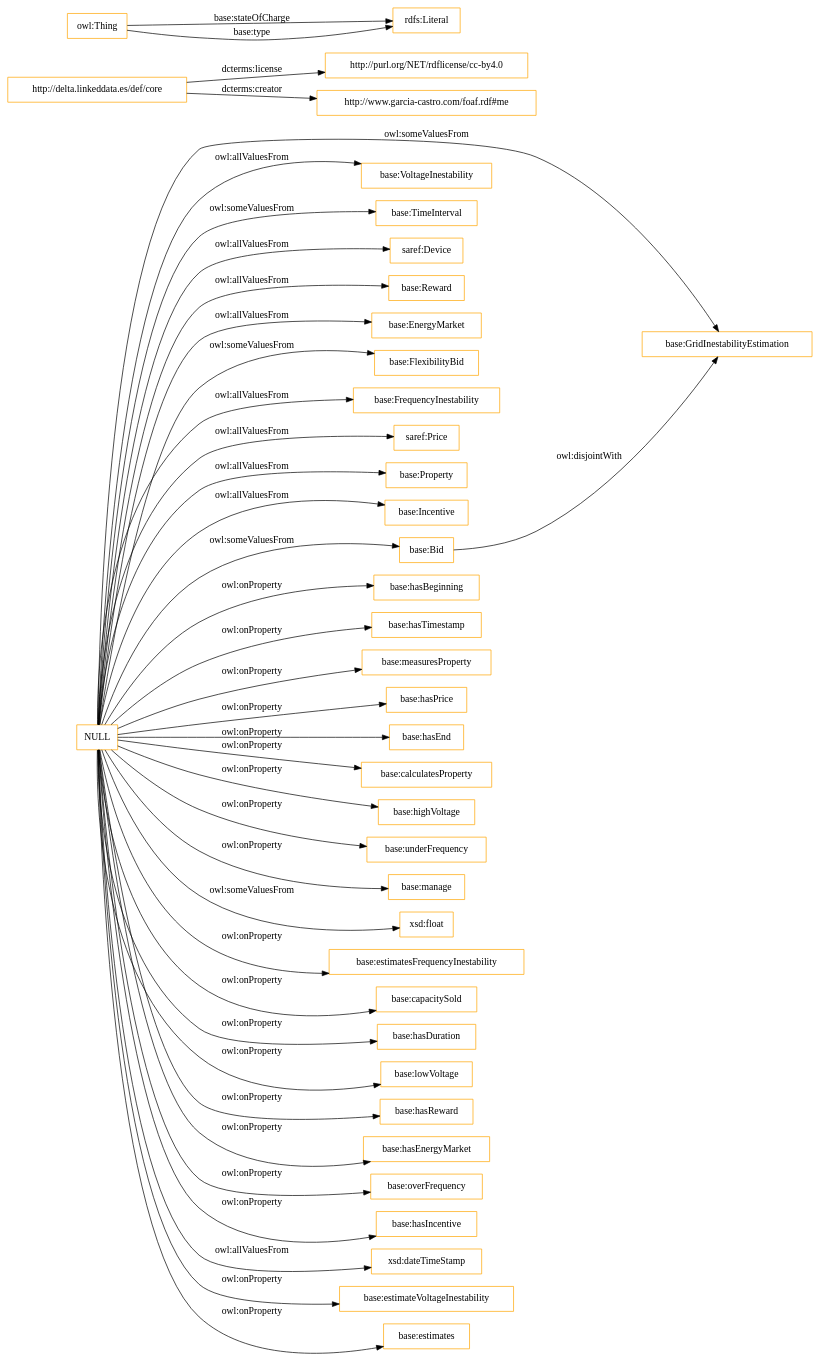
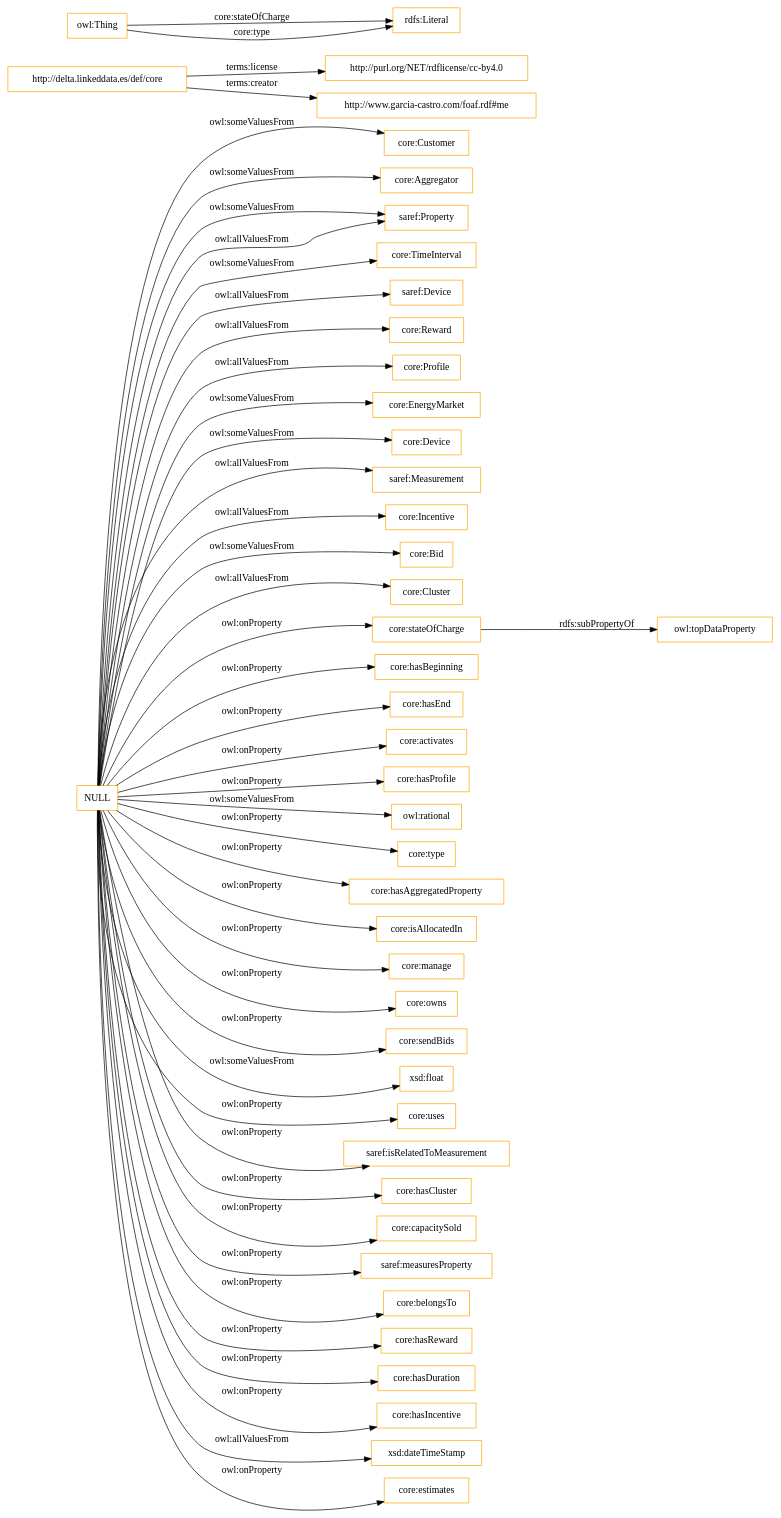
One commit to oeg-upm/delta-ontology changed the diagram in OnToology/ontology/delta.ttl/diagrams/ar2dtool-class/delta.ttl.png.dot. Above: the diagram before and after it, drawn with Graphviz. The commit also changed 12 other files, not shown here.

```diff
--- a/OnToology/ontology/delta.ttl/diagrams/ar2dtool-class/delta.ttl.png.dot
+++ b/OnToology/ontology/delta.ttl/diagrams/ar2dtool-class/delta.ttl.png.dot
@@ -1,44 +1,49 @@
 digraph ar2dtool_diagram { 
 rankdir=LR;
 size="1501"
-node [shape = rectangle, color="orange"]; "base:GridInestabilityEstimation" "base:VoltageInestability" "base:TimeInterval" "saref:Device" "base:Reward" "base:EnergyMarket" "base:FlexibilityBid" "base:FrequencyInestability" "saref:Price" "base:Property" "base:Incentive" "base:Bid" ; /*classes style*/
-	"http://delta.linkeddata.es/def/core" -> "http://purl.org/NET/rdflicense/cc-by4.0" [ label = "dcterms:license" ];
-	"http://delta.linkeddata.es/def/core" -> "http://www.garcia-castro.com/foaf.rdf#me" [ label = "dcterms:creator" ];
-	"base:Bid" -> "base:GridInestabilityEstimation" [ label = "owl:disjointWith" ];
-	"NULL" -> "base:TimeInterval" [ label = "owl:someValuesFrom" ];
-	"NULL" -> "base:hasBeginning" [ label = "owl:onProperty" ];
-	"NULL" -> "base:hasTimestamp" [ label = "owl:onProperty" ];
-	"NULL" -> "base:measuresProperty" [ label = "owl:onProperty" ];
-	"NULL" -> "base:hasPrice" [ label = "owl:onProperty" ];
-	"NULL" -> "base:hasEnd" [ label = "owl:onProperty" ];
-	"NULL" -> "base:calculatesProperty" [ label = "owl:onProperty" ];
-	"NULL" -> "base:FrequencyInestability" [ label = "owl:allValuesFrom" ];
-	"NULL" -> "base:highVoltage" [ label = "owl:onProperty" ];
-	"NULL" -> "base:underFrequency" [ label = "owl:onProperty" ];
-	"NULL" -> "base:manage" [ label = "owl:onProperty" ];
-	"NULL" -> "base:Incentive" [ label = "owl:allValuesFrom" ];
+node [shape = rectangle, color="orange"]; "core:Customer" "core:Aggregator" "saref:Property" "core:TimeInterval" "saref:Device" "core:Reward" "core:Profile" "core:EnergyMarket" "core:Device" "saref:Measurement" "core:Incentive" "core:Bid" "core:Cluster" ; /*classes style*/
+	"http://delta.linkeddata.es/def/core" -> "http://purl.org/NET/rdflicense/cc-by4.0" [ label = "terms:license" ];
+	"http://delta.linkeddata.es/def/core" -> "http://www.garcia-castro.com/foaf.rdf#me" [ label = "terms:creator" ];
+	"core:stateOfCharge" -> "owl:topDataProperty" [ label = "rdfs:subPropertyOf" ];
+	"NULL" -> "core:hasBeginning" [ label = "owl:onProperty" ];
+	"NULL" -> "core:TimeInterval" [ label = "owl:someValuesFrom" ];
+	"NULL" -> "core:EnergyMarket" [ label = "owl:someValuesFrom" ];
+	"NULL" -> "core:Customer" [ label = "owl:someValuesFrom" ];
+	"NULL" -> "core:hasEnd" [ label = "owl:onProperty" ];
+	"NULL" -> "core:activates" [ label = "owl:onProperty" ];
+	"NULL" -> "core:stateOfCharge" [ label = "owl:onProperty" ];
+	"NULL" -> "core:hasProfile" [ label = "owl:onProperty" ];
+	"NULL" -> "owl:rational" [ label = "owl:someValuesFrom" ];
+	"NULL" -> "core:type" [ label = "owl:onProperty" ];
+	"NULL" -> "saref:Measurement" [ label = "owl:allValuesFrom" ];
+	"NULL" -> "core:hasAggregatedProperty" [ label = "owl:onProperty" ];
+	"NULL" -> "core:isAllocatedIn" [ label = "owl:onProperty" ];
+	"NULL" -> "core:manage" [ label = "owl:onProperty" ];
+	"NULL" -> "core:owns" [ label = "owl:onProperty" ];
+	"NULL" -> "core:Device" [ label = "owl:someValuesFrom" ];
+	"NULL" -> "core:sendBids" [ label = "owl:onProperty" ];
+	"NULL" -> "core:Incentive" [ label = "owl:allValuesFrom" ];
 	"NULL" -> "xsd:float" [ label = "owl:someValuesFrom" ];
-	"NULL" -> "base:Property" [ label = "owl:allValuesFrom" ];
-	"NULL" -> "base:estimatesFrequencyInestability" [ label = "owl:onProperty" ];
-	"NULL" -> "base:VoltageInestability" [ label = "owl:allValuesFrom" ];
-	"NULL" -> "base:FlexibilityBid" [ label = "owl:someValuesFrom" ];
-	"NULL" -> "base:Reward" [ label = "owl:allValuesFrom" ];
-	"NULL" -> "base:capacitySold" [ label = "owl:onProperty" ];
-	"NULL" -> "base:hasDuration" [ label = "owl:onProperty" ];
-	"NULL" -> "base:GridInestabilityEstimation" [ label = "owl:someValuesFrom" ];
-	"NULL" -> "base:lowVoltage" [ label = "owl:onProperty" ];
-	"NULL" -> "base:hasReward" [ label = "owl:onProperty" ];
-	"NULL" -> "base:hasEnergyMarket" [ label = "owl:onProperty" ];
-	"NULL" -> "base:Bid" [ label = "owl:someValuesFrom" ];
-	"NULL" -> "base:overFrequency" [ label = "owl:onProperty" ];
-	"NULL" -> "base:hasIncentive" [ label = "owl:onProperty" ];
+	"NULL" -> "core:uses" [ label = "owl:onProperty" ];
+	"NULL" -> "core:Aggregator" [ label = "owl:someValuesFrom" ];
+	"NULL" -> "saref:Property" [ label = "owl:someValuesFrom" ];
+	"NULL" -> "saref:isRelatedToMeasurement" [ label = "owl:onProperty" ];
+	"NULL" -> "core:Reward" [ label = "owl:allValuesFrom" ];
+	"NULL" -> "core:hasCluster" [ label = "owl:onProperty" ];
+	"NULL" -> "core:capacitySold" [ label = "owl:onProperty" ];
+	"NULL" -> "saref:measuresProperty" [ label = "owl:onProperty" ];
+	"NULL" -> "core:Cluster" [ label = "owl:allValuesFrom" ];
+	"NULL" -> "core:belongsTo" [ label = "owl:onProperty" ];
+	"NULL" -> "core:hasReward" [ label = "owl:onProperty" ];
+	"NULL" -> "core:hasDuration" [ label = "owl:onProperty" ];
+	"NULL" -> "core:Profile" [ label = "owl:allValuesFrom" ];
+	"NULL" -> "core:Bid" [ label = "owl:someValuesFrom" ];
+	"NULL" -> "saref:Property" [ label = "owl:allValuesFrom" ];
+	"NULL" -> "core:hasIncentive" [ label = "owl:onProperty" ];
 	"NULL" -> "xsd:dateTimeStamp" [ label = "owl:allValuesFrom" ];
-	"NULL" -> "base:estimateVoltageInestability" [ label = "owl:onProperty" ];
-	"NULL" -> "base:estimates" [ label = "owl:onProperty" ];
+	"NULL" -> "core:estimates" [ label = "owl:onProperty" ];
 	"NULL" -> "saref:Device" [ label = "owl:allValuesFrom" ];
-	"NULL" -> "base:EnergyMarket" [ label = "owl:allValuesFrom" ];
-	"NULL" -> "saref:Price" [ label = "owl:allValuesFrom" ];
-	"owl:Thing" -> "rdfs:Literal" [ label = "base:stateOfCharge" ];
-	"owl:Thing" -> "rdfs:Literal" [ label = "base:type" ];
+	"owl:Thing" -> "rdfs:Literal" [ label = "core:stateOfCharge" ];
+	"owl:Thing" -> "rdfs:Literal" [ label = "core:type" ];
 
 }
```
